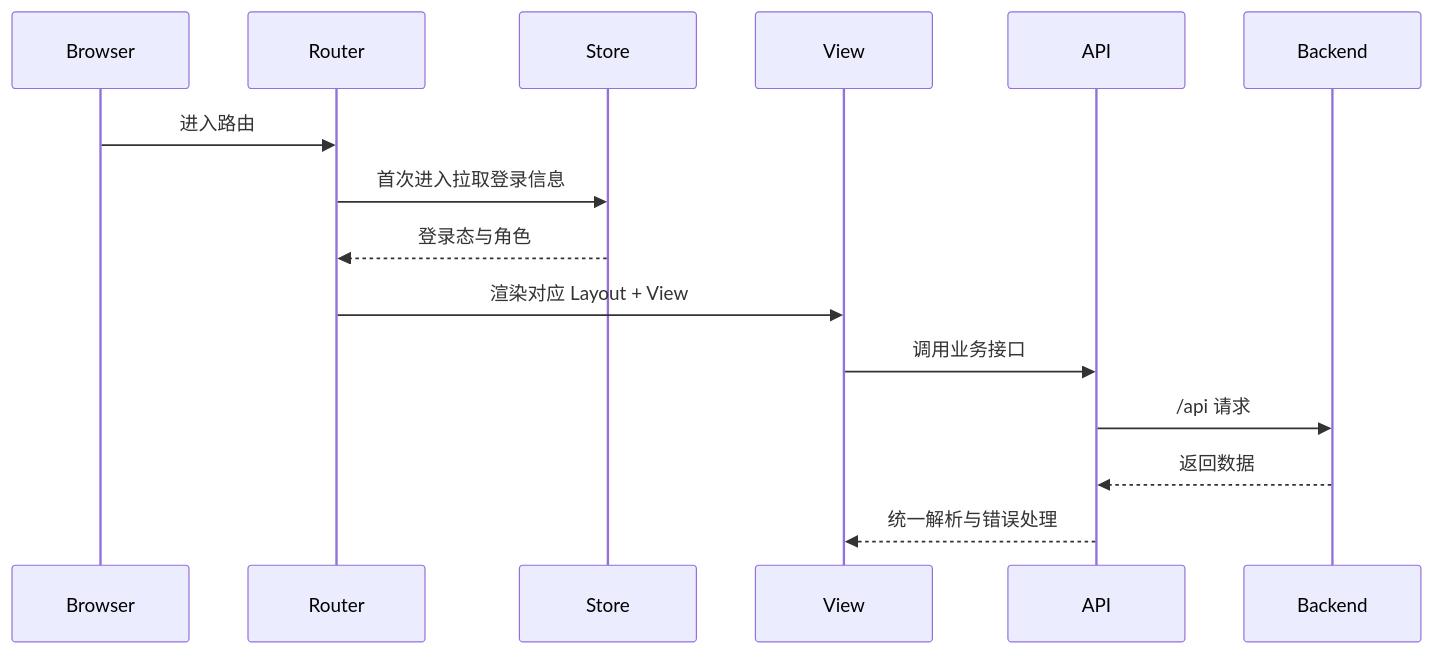
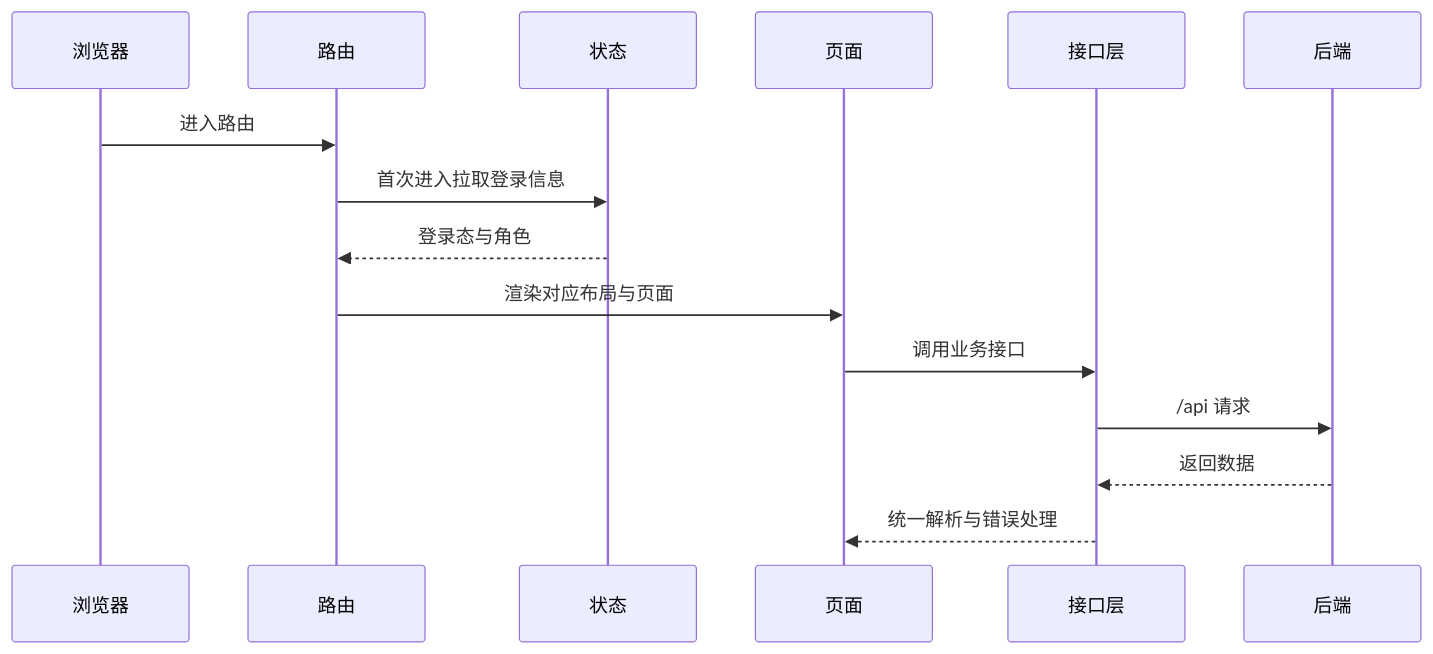
One commit to qasax/NoCodePlatform-frontend changed the second of 3 diagrams in README.md. Above: the diagram before and after it, drawn with Mermaid. The commit also changed other lines of this file, not shown here.

````diff
--- a/README.md
+++ b/README.md
@@ -43,18 +42,18 @@
 ```mermaid
 sequenceDiagram
-  participant Browser
-  participant Router
-  participant Store
-  participant View
-  participant API
-  participant Backend
+  participant 浏览器
+  participant 路由
+  participant 状态
+  participant 页面
+  participant 接口层
+  participant 后端
 
-  Browser->>Router: 进入路由
-  Router->>Store: 首次进入拉取登录信息
-  Store-->>Router: 登录态与角色
-  Router->>View: 渲染对应 Layout + View
-  View->>API: 调用业务接口
-  API->>Backend: /api 请求
-  Backend-->>API: 返回数据
-  API-->>View: 统一解析与错误处理
+  浏览器->>路由: 进入路由
+  路由->>状态: 首次进入拉取登录信息
+  状态-->>路由: 登录态与角色
+  路由->>页面: 渲染对应布局与页面
+  页面->>接口层: 调用业务接口
+  接口层->>后端: /api 请求
+  后端-->>接口层: 返回数据
+  接口层-->>页面: 统一解析与错误处理
 ```
````
